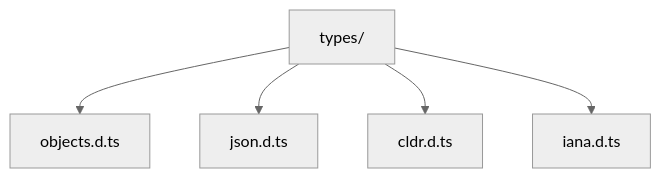
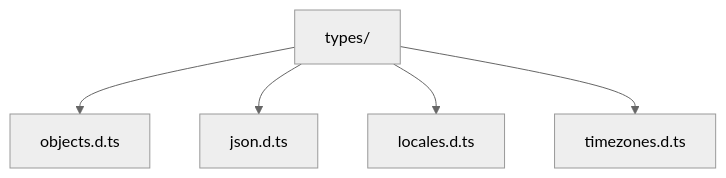
The second of 7 diagrams in docs/library-structure.md (virtualitems/tshex-cli), drawn with Mermaid (neutral theme) before and after one commit. The commit also changed other lines of this file and 14 other files, not shown here.

````diff
--- a/docs/library-structure.md
+++ b/docs/library-structure.md
@@ -33,7 +33,7 @@
 ```mermaid
 flowchart TD
     types["types/"] --> typesObjects["objects.d.ts"]
     types --> json["json.d.ts"]
-    types --> cldr["cldr.d.ts"]
-    types --> iana["iana.d.ts"]
+    types --> locales["locales.d.ts"]
+    types --> timezones["timezones.d.ts"]
 ```
````
